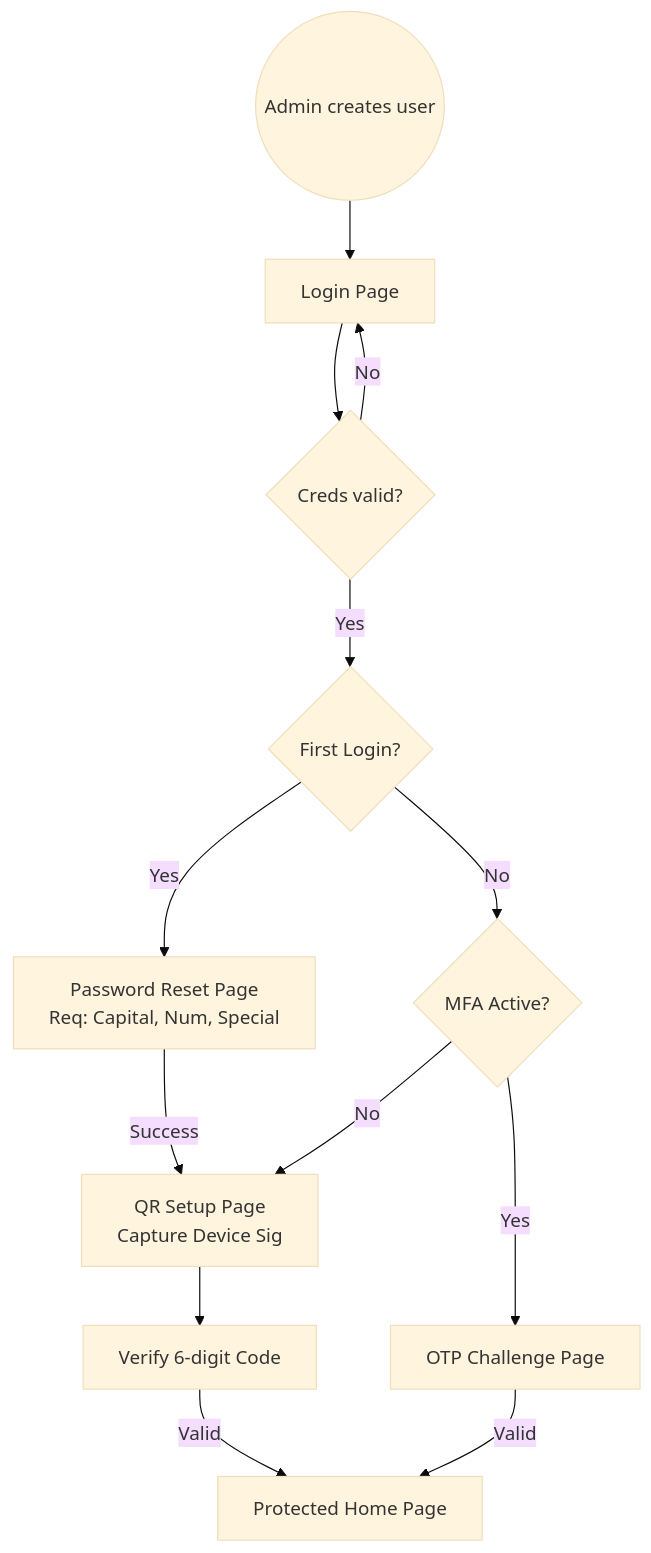
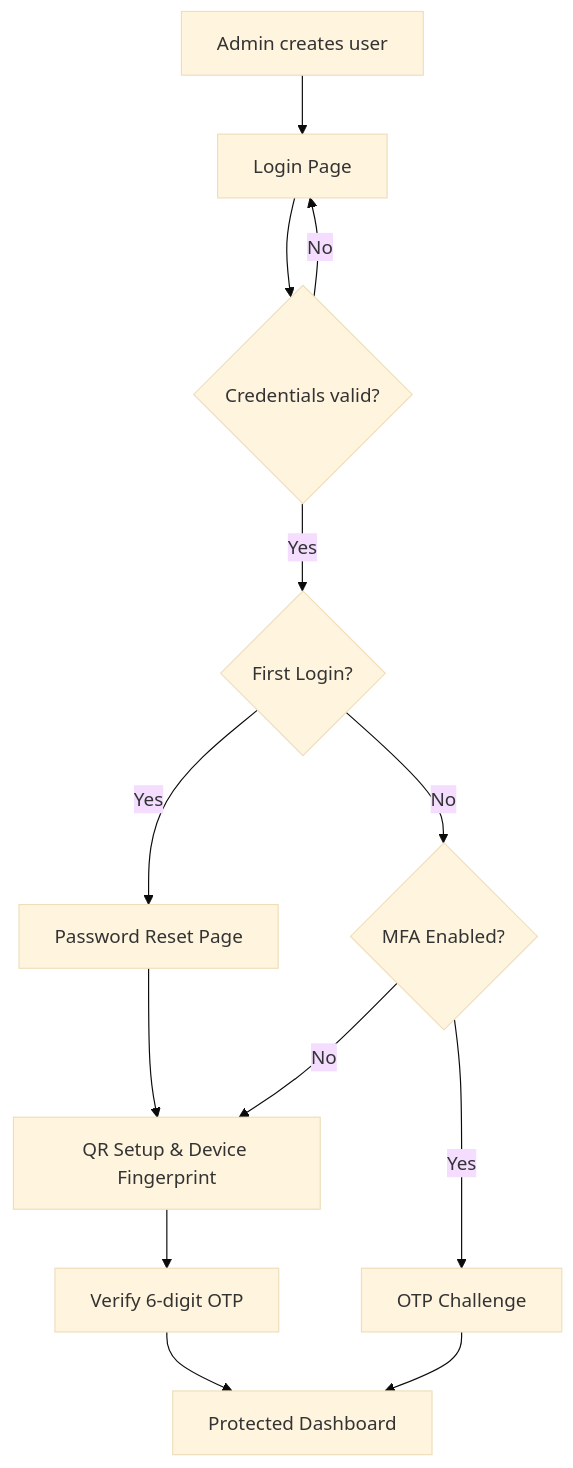
One commit to onlynayan/secure-auth changed the diagram in README.md. Above: the diagram before and after it, drawn with Mermaid (base theme). The commit also changed other lines of this file, not shown here.

Commit message:
Fix workflow diagram and add live demo link

````diff
--- a/README.md
+++ b/README.md
@@ -25,19 +60,19 @@
 ```mermaid
 flowchart TD
-    Start((Admin creates user)) --> Login[Login Page]
-    Login --> Auth{Creds valid?}
+    Start["Admin creates user"] --> Login["Login Page"]
+    Login --> Auth{"Credentials valid?"}
     Auth -- No --> Login
-    Auth -- Yes --> FirstTime{First Login?}
-    
-    FirstTime -- Yes --> PwdReset[Password Reset Page<br/>Req: Capital, Num, Special]
-    PwdReset -- Success --> QRSetup[QR Setup Page<br/>Capture Device Sig]
-    
-    FirstTime -- No --> MFAEnabled{MFA Active?}
-    MFAEnabled -- No --> QRSetup
-    
-    QRSetup --> VerifyOTP[Verify 6-digit Code]
-    VerifyOTP -- Valid --> Home[Protected Home Page]
-    
-    MFAEnabled -- Yes --> OTPChallenge[OTP Challenge Page]
-    OTPChallenge -- Valid --> Home
+    Auth -- Yes --> FirstTime{"First Login?"}
+
+    FirstTime -- Yes --> Reset["Password Reset Page"]
+    Reset --> QR["QR Setup & Device Fingerprint"]
+
+    FirstTime -- No --> MFA{"MFA Enabled?"}
+    MFA -- No --> QR
+
+    QR --> Verify["Verify 6-digit OTP"]
+    Verify --> Home["Protected Dashboard"]
+
+    MFA -- Yes --> OTP["OTP Challenge"]
+    OTP --> Home
 ```
````
